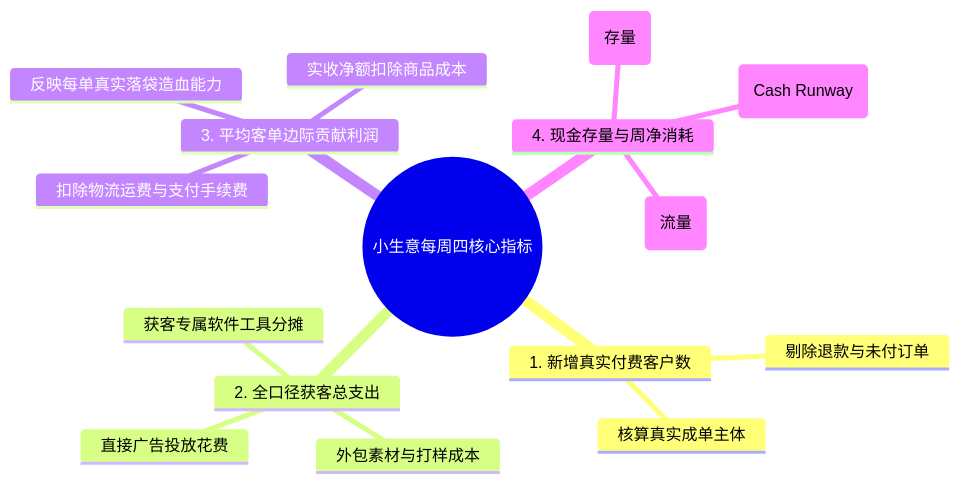
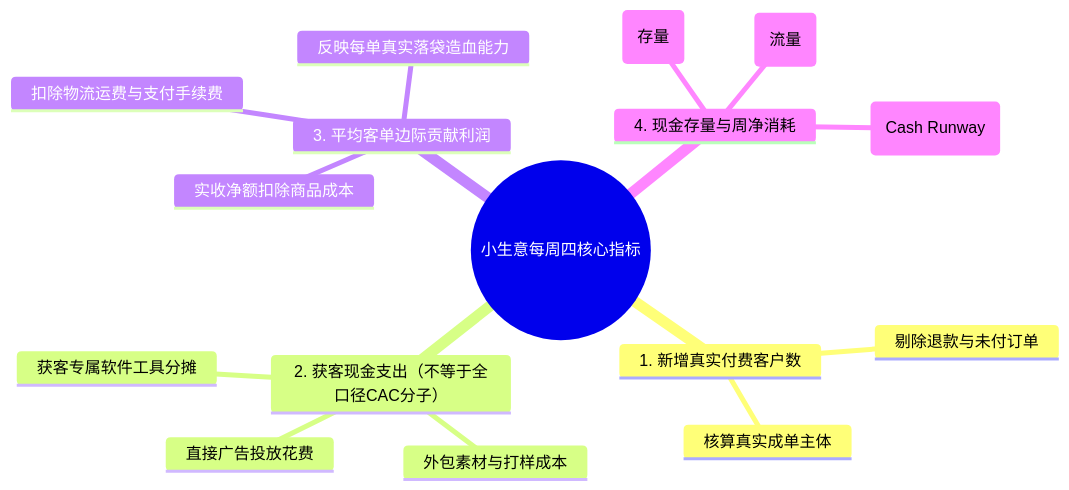
One commit to entropy-student/project changed the third of 8 diagrams in cross-border-business/05-acquisition-growth/docs/CHAPTER4_FINAL_SEALED.md. Above: the diagram before and after it, drawn with Mermaid. The commit also changed other lines of this file and 8 other files, not shown here.

````diff
--- a/cross-border-business/05-acquisition-growth/docs/CHAPTER4_FINAL_SEALED.md
+++ b/cross-border-business/05-acquisition-growth/docs/CHAPTER4_FINAL_SEALED.md
@@ -83,19 +82,19 @@
 ```mermaid
 mindmap
   root((小生意每周四核心指标))
     1. 新增真实付费客户数
       剔除退款与未付订单
       核算真实成单主体
-    2. 全口径获客总支出
+    2. 获客现金支出（不等于全口径CAC分子）
       直接广告投放花费
       外包素材与打样成本
       获客专属软件工具分摊
     3. 平均客单边际贡献利润
       实收净额扣除商品成本
       扣除物流运费与支付手续费
       反映每单真实落袋造血能力
     4. 现金存量与周净消耗
       银行与网关可用余额 (存量)
       当周净现金流入/流出 (流量)
       计算真实资金跑道 (Cash Runway)
 ```
````
